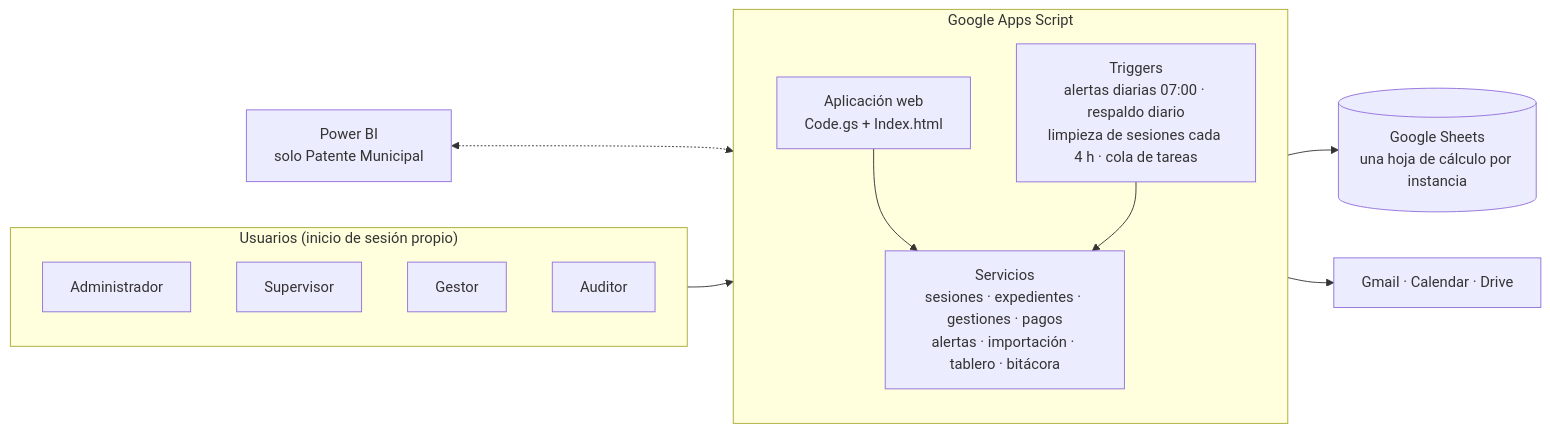
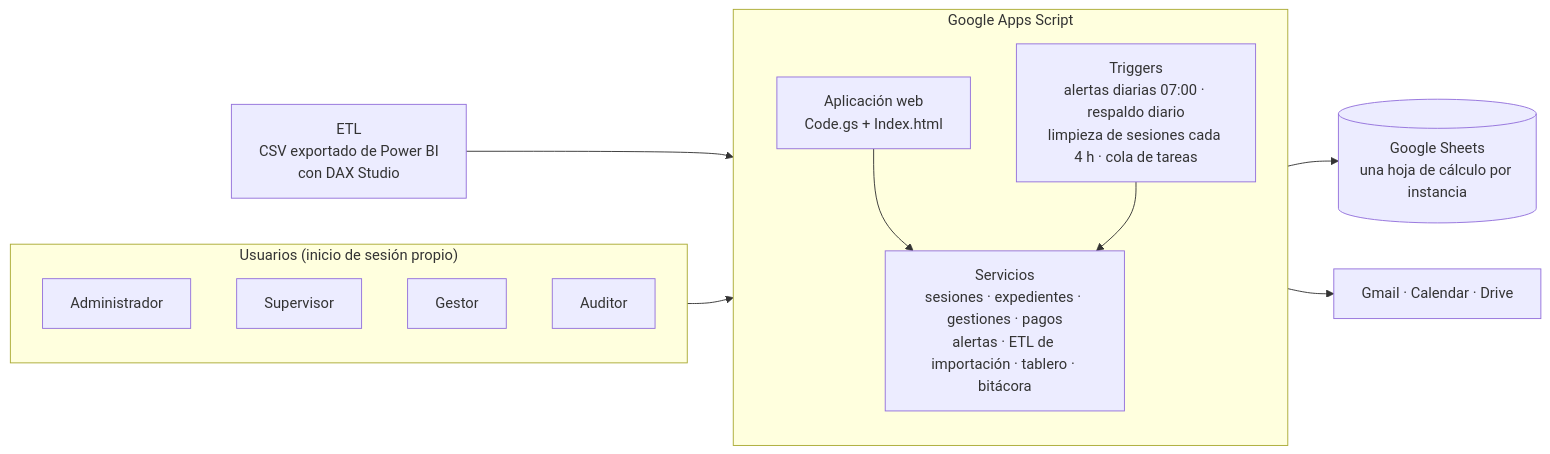
Before and after one commit to jamil73jev/Financial-Collections-Management-System: the second of 4 diagrams in README.md, drawn with Mermaid. The commit also changed other lines of this file and 4 other files, not shown here.

First line of the commit message:
Documentar SIGECO como ETL: flujo Power BI, DAX Studio, Apps Script, Sheets y app web

````diff
--- a/README.md
+++ b/README.md
@@ -30,24 +63,24 @@
 ```mermaid
 flowchart LR
     subgraph U["Usuarios (inicio de sesión propio)"]
         direction TB
         A["Administrador"]
         S["Supervisor"]
         G["Gestor"]
         AU["Auditor"]
     end
     subgraph GAS["Google Apps Script"]
         direction TB
         W["Aplicación web<br/>Code.gs + Index.html"]
-        SV["Servicios<br/>sesiones · expedientes · gestiones · pagos<br/>alertas · importación · tablero · bitácora"]
+        SV["Servicios<br/>sesiones · expedientes · gestiones · pagos<br/>alertas · ETL de importación · tablero · bitácora"]
         T["Triggers<br/>alertas diarias 07:00 · respaldo diario<br/>limpieza de sesiones cada 4 h · cola de tareas"]
     end
     DB[("Google Sheets<br/>una hoja de cálculo por instancia")]
     EXT["Gmail · Calendar · Drive"]
-    PBI["Power BI<br/>solo Patente Municipal"]
+    ETL["ETL<br/>CSV exportado de Power BI<br/>con DAX Studio"]
 
     U --> W --> SV --> DB
     T --> SV
     SV --> EXT
-    PBI <-.-> SV
+    ETL --> SV
 ```
````
